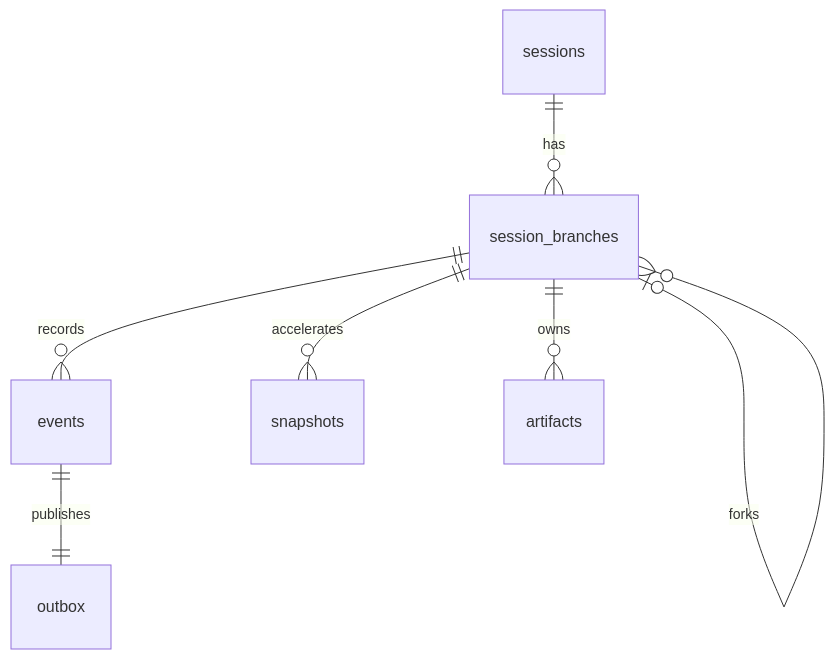
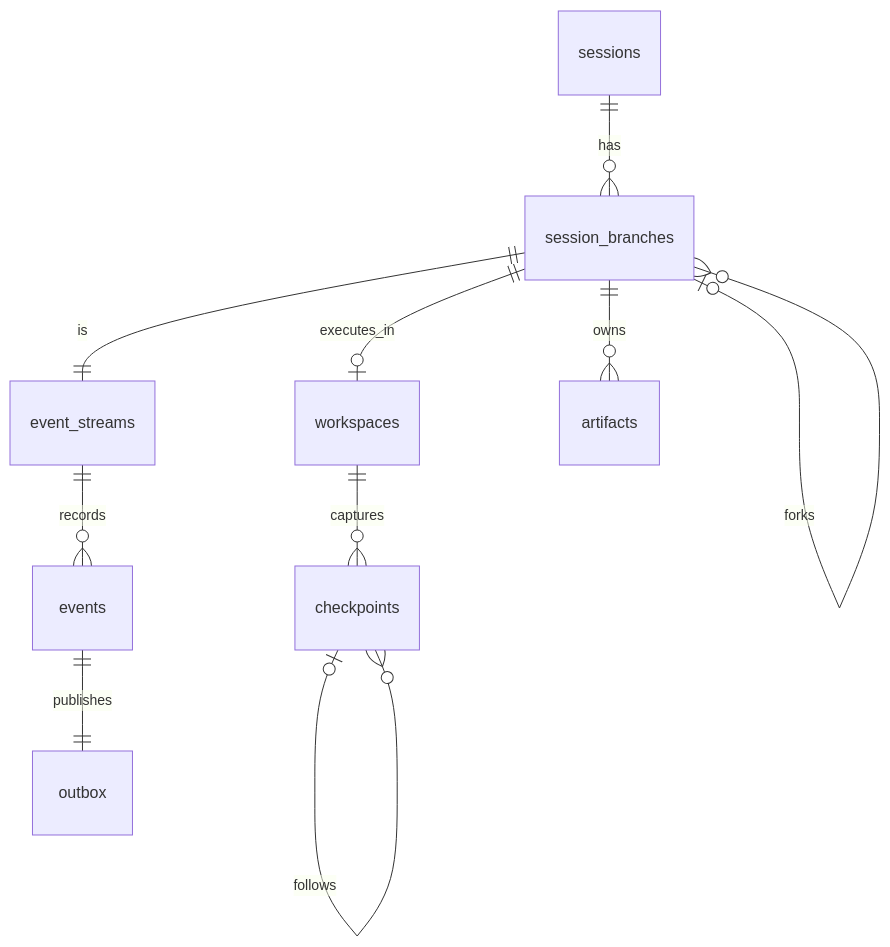
One commit to KavinSivaharan/Parallel changed the diagram in docs/architecture/database.md. Above: the diagram before and after it, drawn with Mermaid. The commit also changed other lines of this file and 20 other files, not shown here.

Commit message:
feat: ship workspace timeline forks and replay

````diff
--- a/docs/architecture/database.md
+++ b/docs/architecture/database.md
@@ -5,9 +5,12 @@
 ```mermaid
 erDiagram
   sessions ||--o{ session_branches : has
-  session_branches ||--o{ events : records
-  session_branches ||--o{ snapshots : accelerates
+  event_streams ||--o{ events : records
+  session_branches ||--|| event_streams : is
+  session_branches ||--o| workspaces : executes_in
+  workspaces ||--o{ checkpoints : captures
   session_branches ||--o{ artifacts : owns
   events ||--|| outbox : publishes
   session_branches o|--o{ session_branches : forks
+  checkpoints o|--o{ checkpoints : follows
 ```
````
